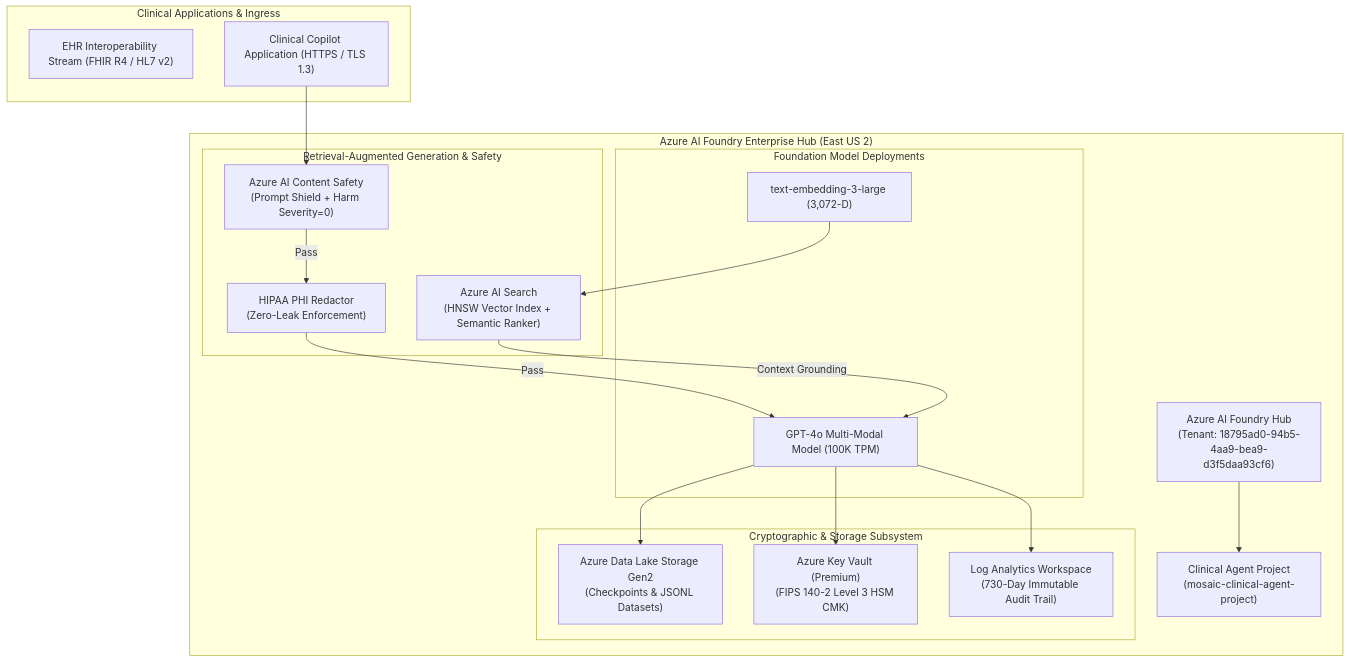
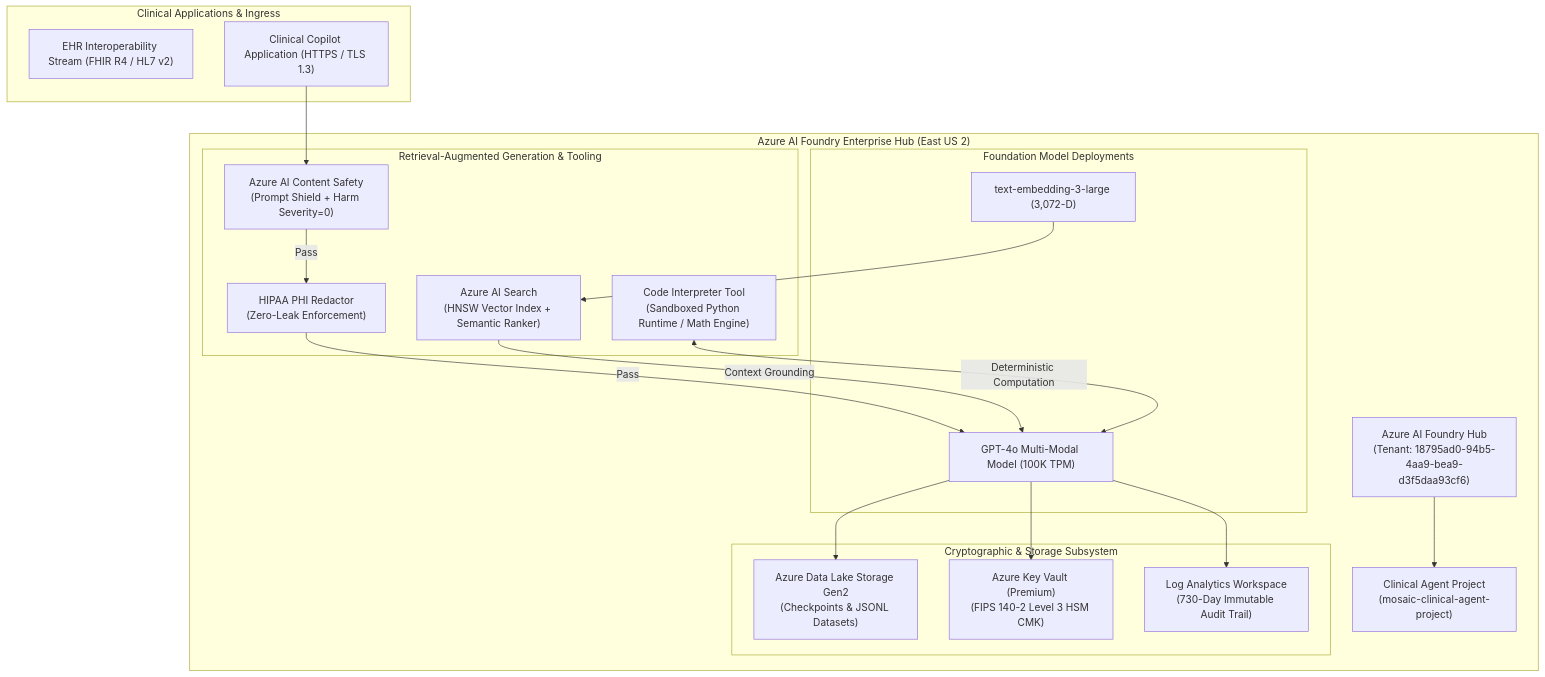
Before and after one commit to FreeFades2Black/mosaic-azure-ai-model-factory: the diagram in docs/ARCHITECTURE.md, drawn with Mermaid. The commit also changed other lines of this file and 7 other files, not shown here.

Commit message:
feat(tools): add sandboxed Code Interpreter tool, Clinical Analyst Agent, and formula suite

````diff
--- a/docs/ARCHITECTURE.md
+++ b/docs/ARCHITECTURE.md
@@ -7,39 +7,41 @@
 ```mermaid
 graph TD
     subgraph "Clinical Applications & Ingress"
         EHR["EHR Interoperability Stream (FHIR R4 / HL7 v2)"]
         CopilotApp["Clinical Copilot Application (HTTPS / TLS 1.3)"]
     end
 
     subgraph "Azure AI Foundry Enterprise Hub (East US 2)"
         AIHub["Azure AI Foundry Hub<br/>(Tenant: 18795ad0-94b5-4aa9-bea9-d3f5daa93cf6)"]
         AIProject["Clinical Agent Project<br/>(mosaic-clinical-agent-project)"]
         AIHub --> AIProject
 
         subgraph "Foundation Model Deployments"
             GPT4o["GPT-4o Multi-Modal Model (100K TPM)"]
             EmbeddingModel["text-embedding-3-large (3,072-D)"]
         end
 
-        subgraph "Retrieval-Augmented Generation & Safety"
+        subgraph "Retrieval-Augmented Generation & Tooling"
             AISearch["Azure AI Search<br/>(HNSW Vector Index + Semantic Ranker)"]
+            CodeInterpreter["Code Interpreter Tool<br/>(Sandboxed Python Runtime / Math Engine)"]
             SafetyShield["Azure AI Content Safety<br/>(Prompt Shield + Harm Severity=0)"]
             PHIScan["HIPAA PHI Redactor<br/>(Zero-Leak Enforcement)"]
         end
 
         subgraph "Cryptographic & Storage Subsystem"
             Storage["Azure Data Lake Storage Gen2<br/>(Checkpoints & JSONL Datasets)"]
             KeyVault["Azure Key Vault (Premium)<br/>(FIPS 140-2 Level 3 HSM CMK)"]
             LAW["Log Analytics Workspace<br/>(730-Day Immutable Audit Trail)"]
         end
     end
 
     CopilotApp --> SafetyShield
     SafetyShield -->|Pass| PHIScan
     PHIScan -->|Pass| GPT4o
     AISearch -->|Context Grounding| GPT4o
+    CodeInterpreter <-->|Deterministic Computation| GPT4o
     EmbeddingModel --> AISearch
     GPT4o --> Storage
     GPT4o --> KeyVault
     GPT4o --> LAW
 ```
````
